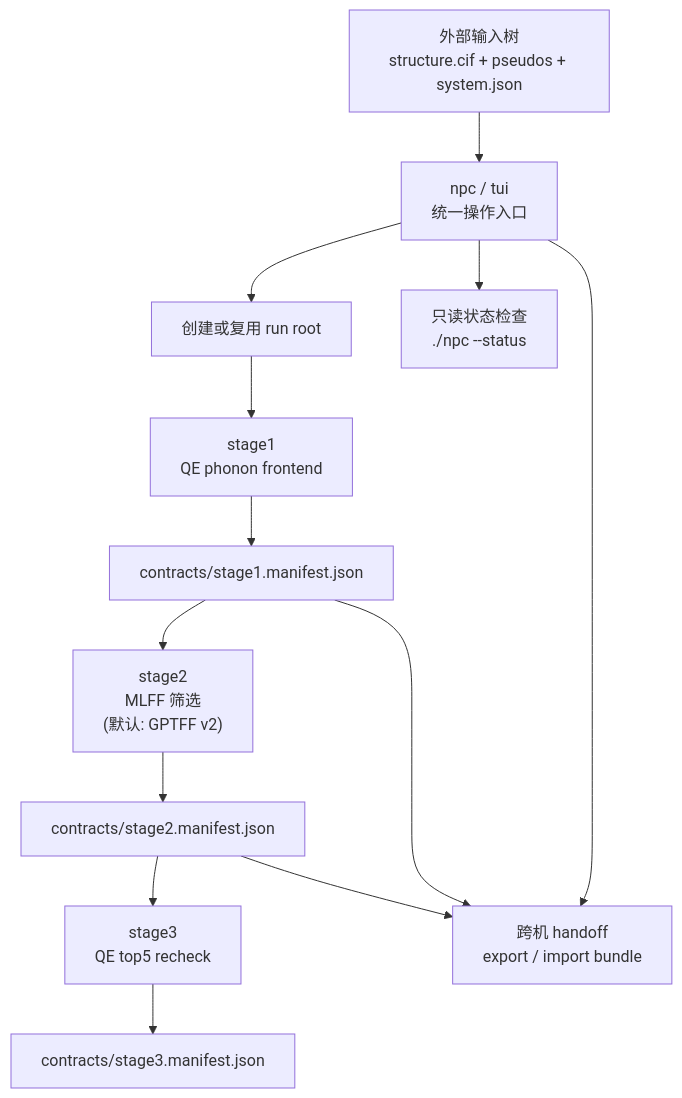
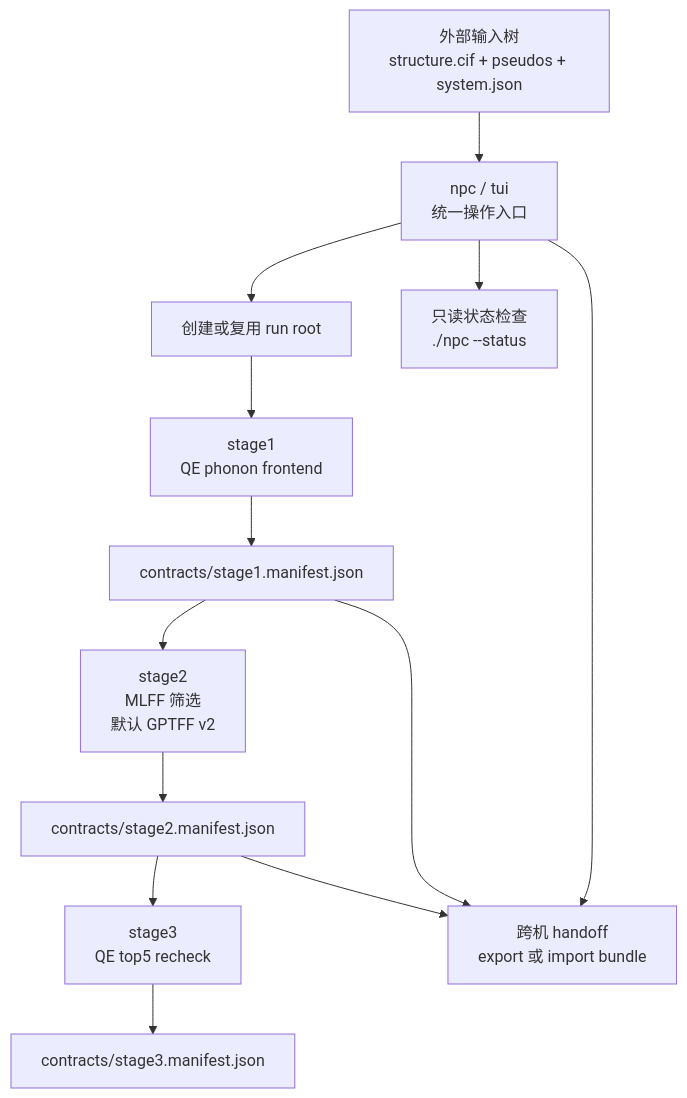
The diagram in README_zh.md (sakuralmt/Nonlinear-Phonon-Calculation), drawn with Mermaid before and after one commit. The commit also changed other lines of this file and 1 other file, not shown here.

Commit message:
docs: make workflow mermaid github-safe

````diff
--- a/README_zh.md
+++ b/README_zh.md
@@ -519,15 +519,15 @@
 ```mermaid
 flowchart TB
-    A["外部输入树\nstructure.cif + pseudos + system.json"] --> B["npc / tui\n统一操作入口"]
+    A["外部输入树<br/>structure.cif + pseudos + system.json"] --> B["npc / tui<br/>统一操作入口"]
     B --> C["创建或复用 run root"]
-    C --> D["stage1\nQE phonon frontend"]
+    C --> D["stage1<br/>QE phonon frontend"]
     D --> E["contracts/stage1.manifest.json"]
-    E --> F["stage2\nMLFF 筛选\n(默认: GPTFF v2)"]
+    E --> F["stage2<br/>MLFF 筛选<br/>默认 GPTFF v2"]
     F --> G["contracts/stage2.manifest.json"]
-    G --> H["stage3\nQE top5 recheck"]
+    G --> H["stage3<br/>QE top5 recheck"]
     H --> I["contracts/stage3.manifest.json"]
-    B --> J["只读状态检查\n./npc --status"]
-    B --> K["跨机 handoff\nexport / import bundle"]
+    B --> J["只读状态检查<br/>./npc --status"]
+    B --> K["跨机 handoff<br/>export 或 import bundle"]
     E --> K
     G --> K
 ```
````
